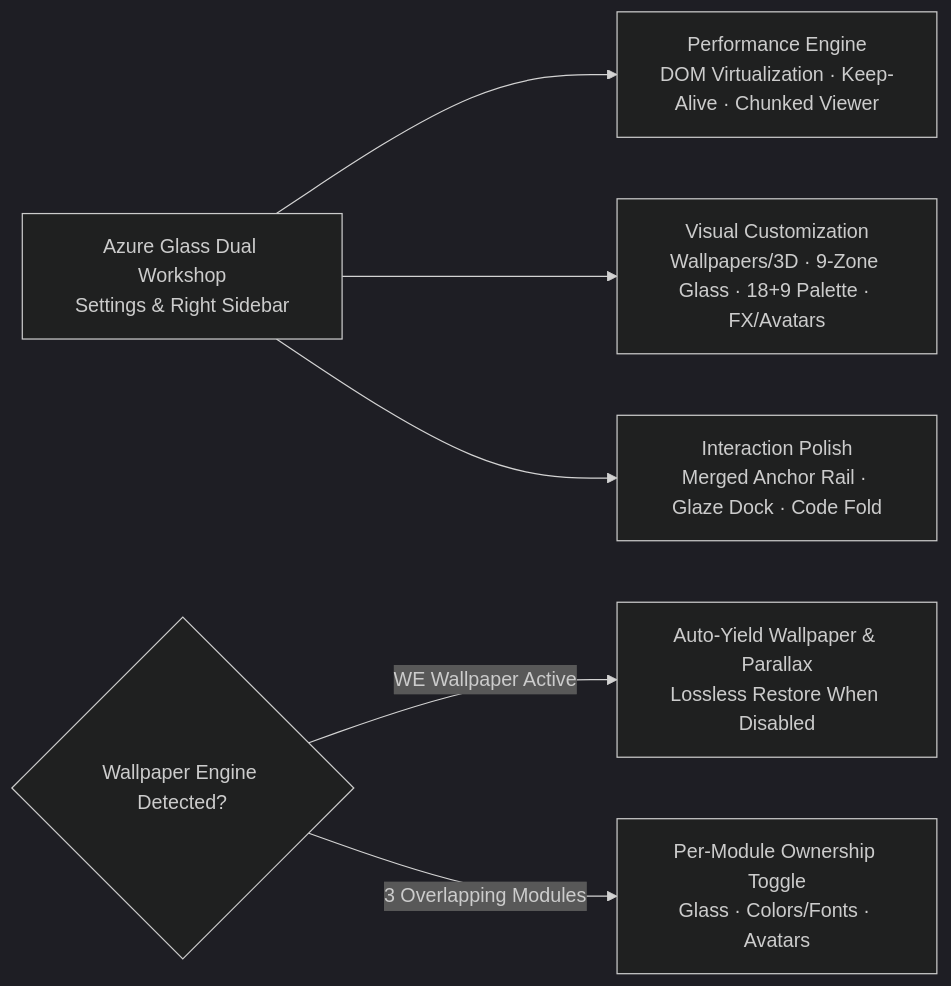
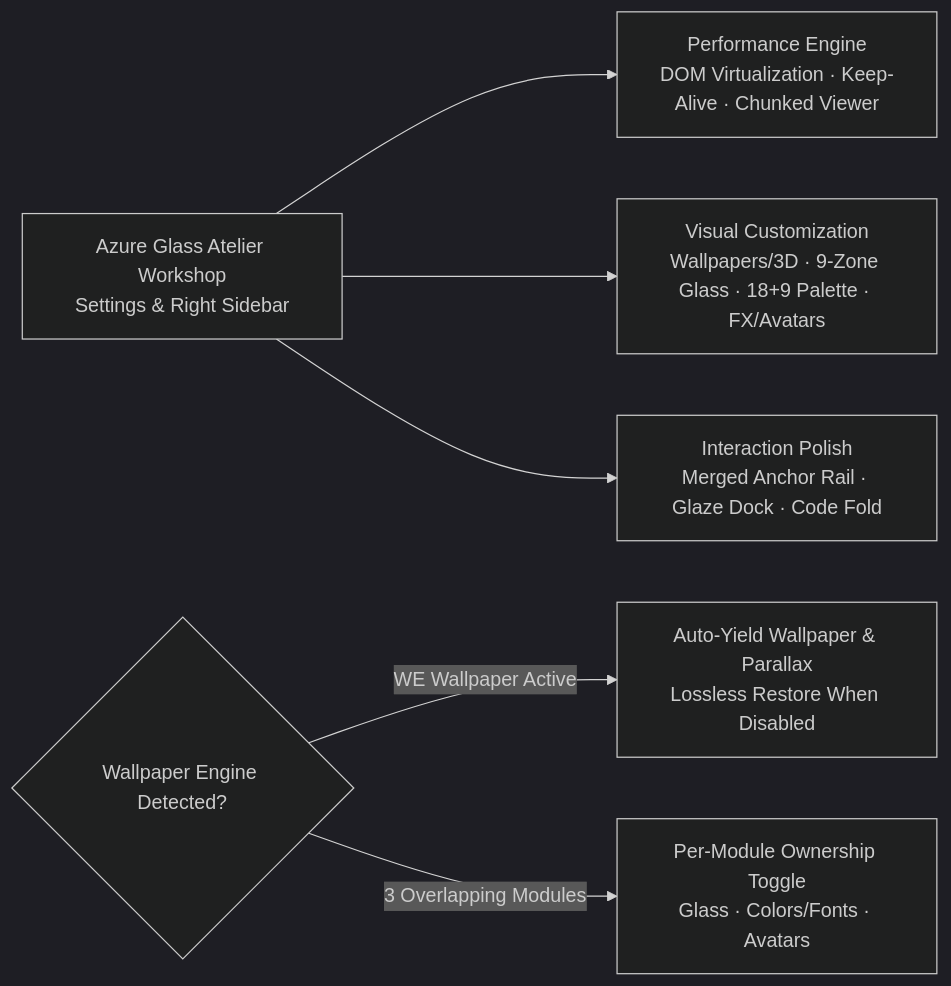
The diagram in README.en.md (A16Nights/dsh-azure-glass), drawn with Mermaid (dark theme) before and after one commit. The commit also changed other lines of this file and 10 other files, not shown here.

Commit message:
feat: release v0.2.0 (Azure Glass Atelier, observer popover & search modal UX)

````diff
--- a/README.en.md
+++ b/README.en.md
@@ -126,8 +126,8 @@
 ```mermaid
 flowchart LR
-  UI["Azure Glass Dual Workshop<br/>Settings &amp; Right Sidebar"] --> PERF["Performance Engine<br/>DOM Virtualization · Keep-Alive · Chunked Viewer"]
+  UI["Azure Glass Atelier Workshop<br/>Settings &amp; Right Sidebar"] --> PERF["Performance Engine<br/>DOM Virtualization · Keep-Alive · Chunked Viewer"]
   UI --> VIS["Visual Customization<br/>Wallpapers/3D · 9-Zone Glass · 18+9 Palette · FX/Avatars"]
   UI --> NAV["Interaction Polish<br/>Merged Anchor Rail · Glaze Dock · Code Fold"]
   WE{"Wallpaper Engine Detected?"} -->|"WE Wallpaper Active"| YIELD["Auto-Yield Wallpaper &amp; Parallax<br/>Lossless Restore When Disabled"]
   WE -->|"3 Overlapping Modules"| CTRL["Per-Module Ownership Toggle<br/>Glass · Colors/Fonts · Avatars"]
 ```
````
